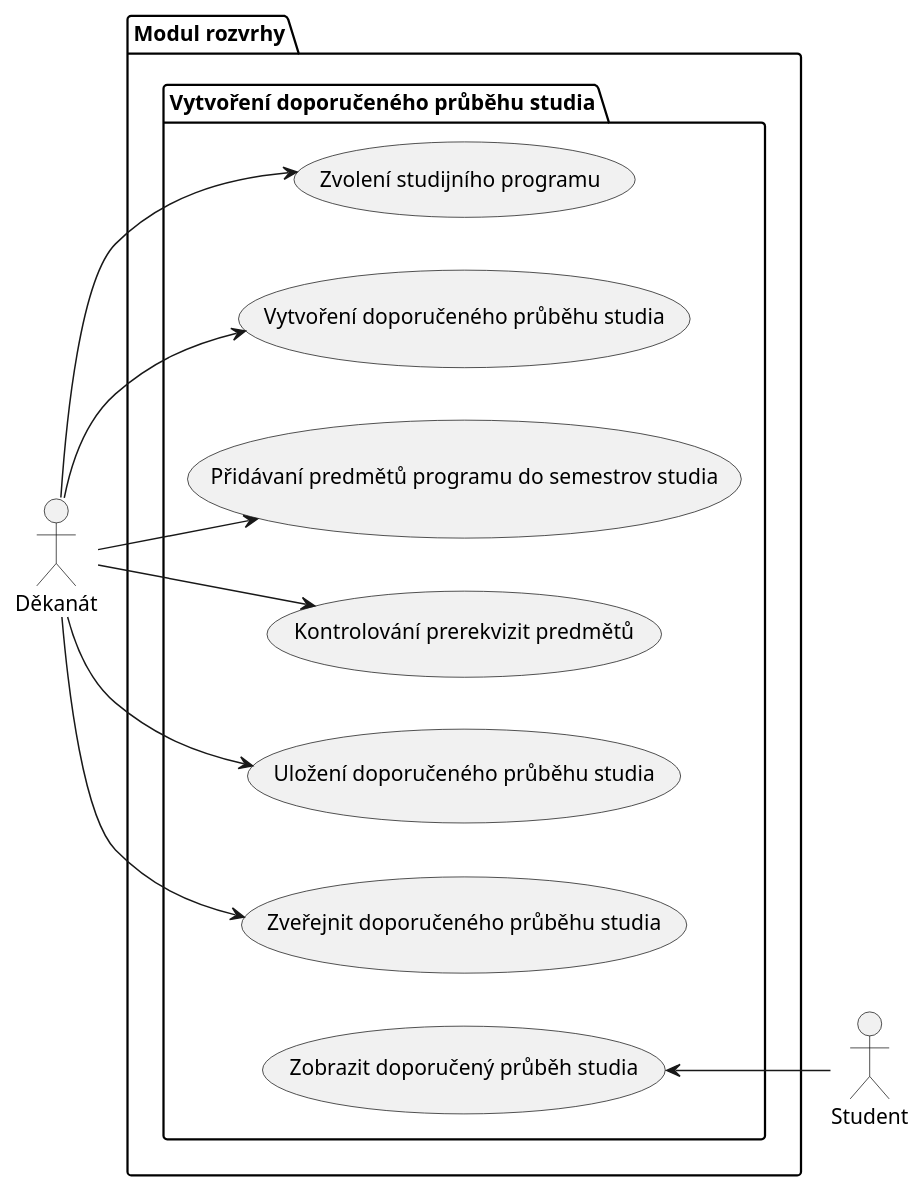
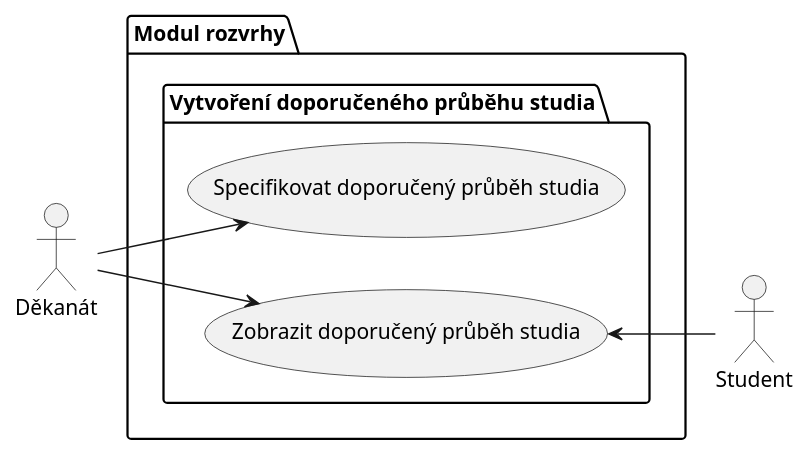
One commit to Cross-bit/NSWI041 changed the first of 9 diagrams in seminar-work-template.md. Above: the diagram before and after it, drawn with PlantUML. The commit also changed other lines of this file, not shown here.

````diff
--- a/seminar-work-template.md
+++ b/seminar-work-template.md
@@ -138,30 +284,20 @@
 ```plantuml
 @startuml
 left to right direction
 
 actor "Děkanát" as Dekanat
 actor "Student" as Student
 
 package "Modul rozvrhy" {
   package "Vytvoření doporučeného průběhu studia" {
-    usecase "Zvolení studijního programu" as UC1
-    usecase "Vytvoření doporučeného průběhu studia" as UC2
-    usecase "Přidávaní predmětů programu do semestrov studia" as UC3
-    usecase "Kontrolování prerekvizit predmětů" as UC4
-    usecase "Uložení doporučeného průběhu studia" as UC5
-    usecase "Zveřejnit doporučeného průběhu studia" as UC6
-    usecase "Zobrazit doporučený průběh studia" as UC7
+    usecase "Specifikovat doporučený průběh studia" as UC2
+    usecase "Zobrazit doporučený průběh studia" as UC1
   }
 }
 
 Dekanat --> UC1
 Dekanat --> UC2
-Dekanat --> UC3
-Dekanat --> UC4
-Dekanat --> UC5
-Dekanat --> UC6
 
-UC7 <-- Student
-
+UC1 <-- Student
 @enduml
 ```
````
